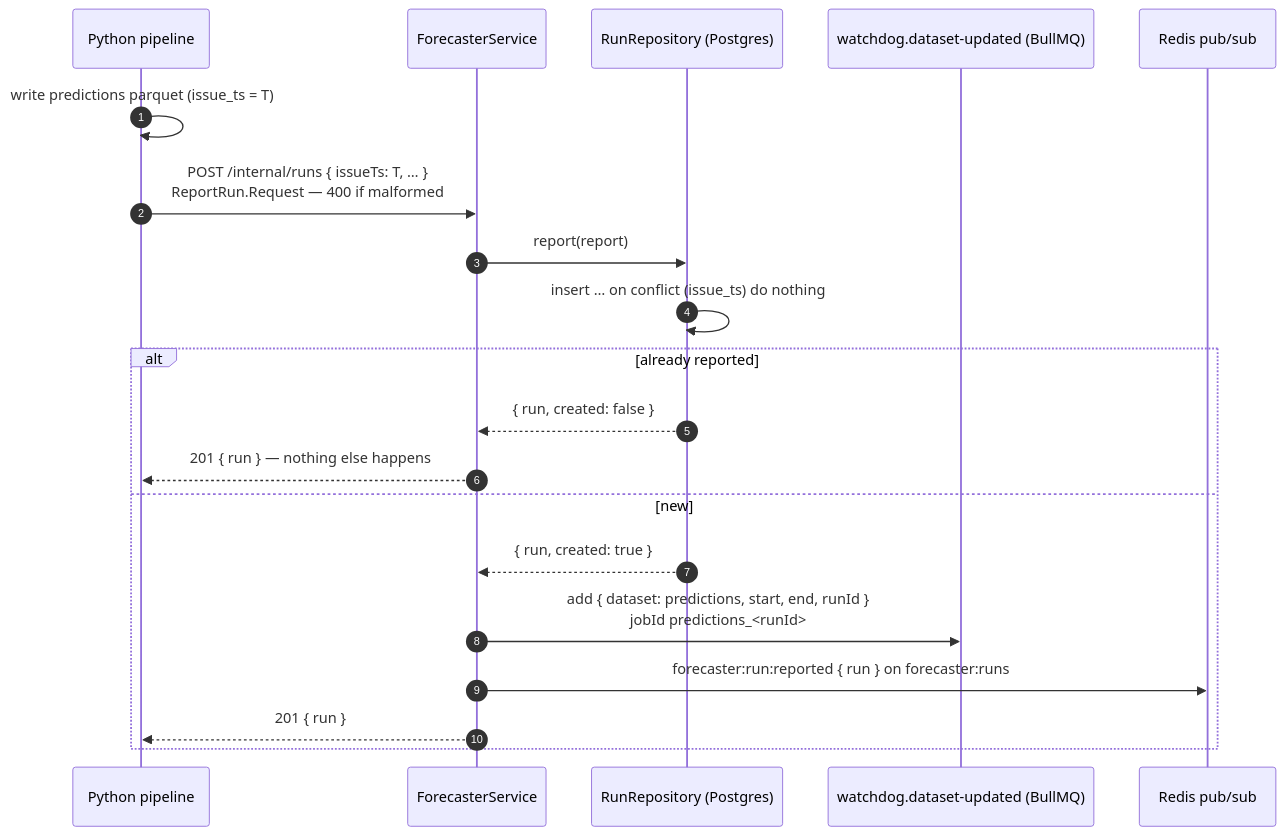
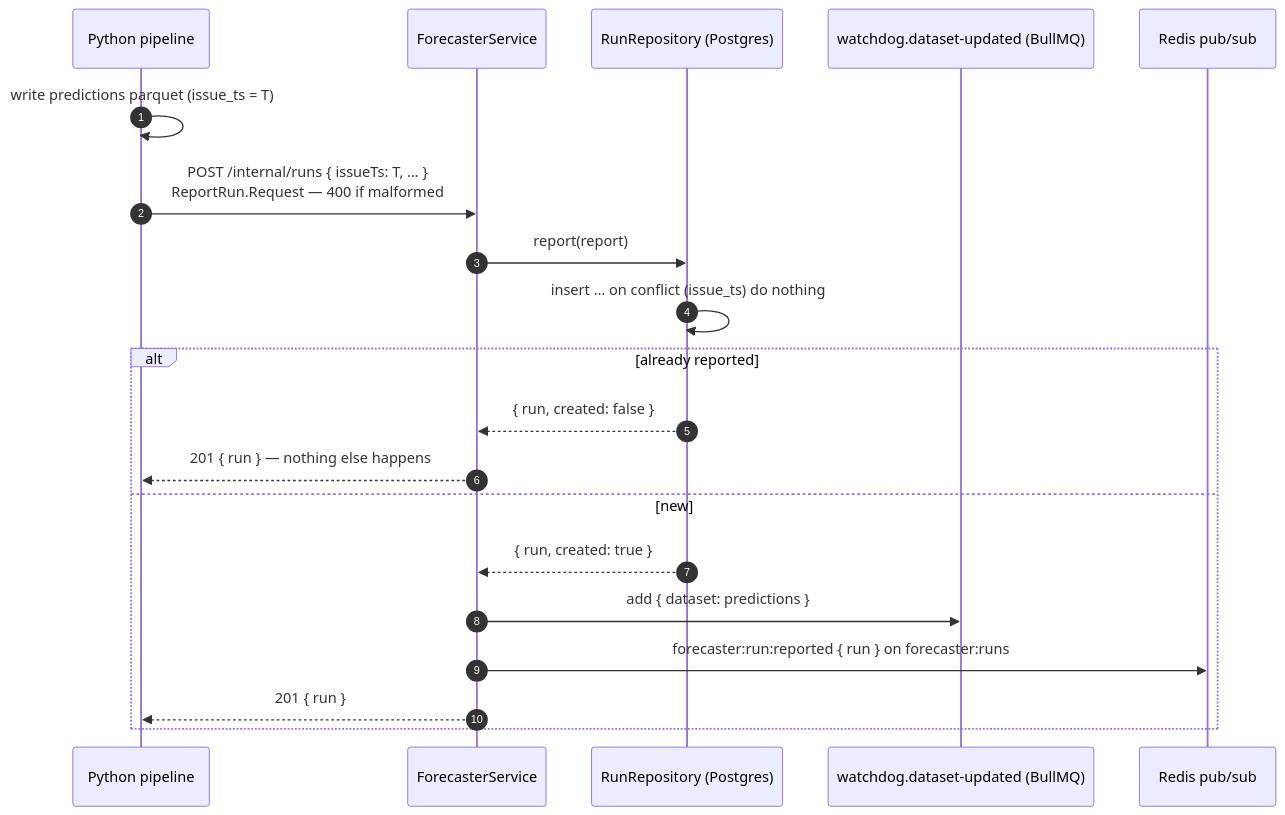
Before and after one commit to LarpersFMI/GridSense: the diagram in packages/docs/reporting-a-run.md, drawn with Mermaid. The commit also changed other lines of this file and 37 other files, not shown here.

````diff
--- a/packages/docs/reporting-a-run.md
+++ b/packages/docs/reporting-a-run.md
@@ -22,23 +20,23 @@
 ```mermaid
 sequenceDiagram
     autonumber
     participant P as Python pipeline
     participant S as ForecasterService
     participant DB as RunRepository (Postgres)
     participant Q as watchdog.dataset-updated (BullMQ)
     participant R as Redis pub/sub
 
     P->>P: write predictions parquet (issue_ts = T)
     P->>S: POST /internal/runs { issueTs: T, … }<br/>ReportRun.Request — 400 if malformed
     S->>DB: report(report)
     DB->>DB: insert … on conflict (issue_ts) do nothing
     alt already reported
         DB-->>S: { run, created: false }
         S-->>P: 201 { run } — nothing else happens
     else new
         DB-->>S: { run, created: true }
-        S->>Q: add { dataset: predictions, start, end, runId }<br/>jobId predictions_<runId>
+        S->>Q: add { dataset: predictions }
         S->>R: forecaster:run:reported { run } on forecaster:runs
         S-->>P: 201 { run }
     end
 ```
````
